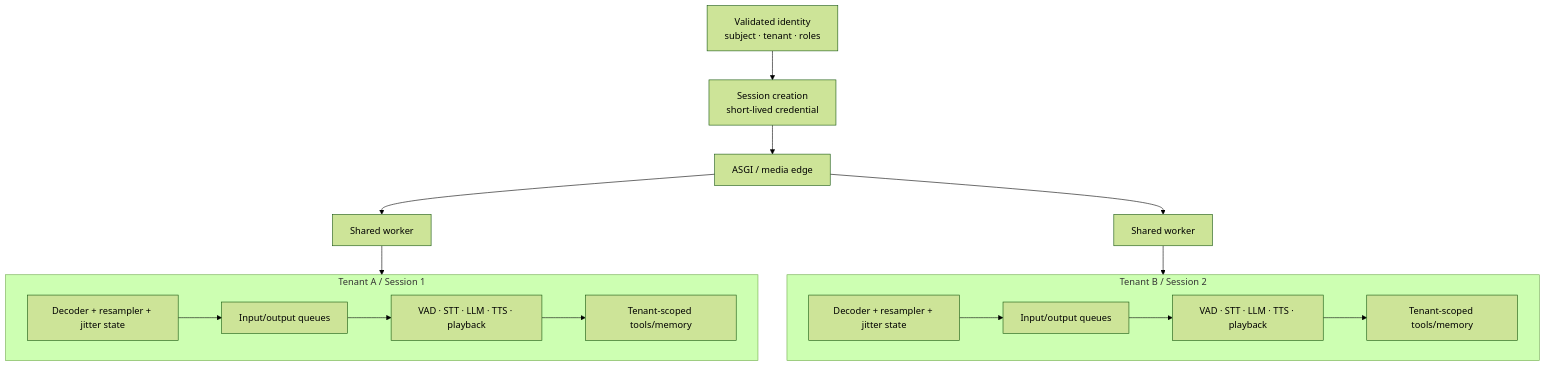
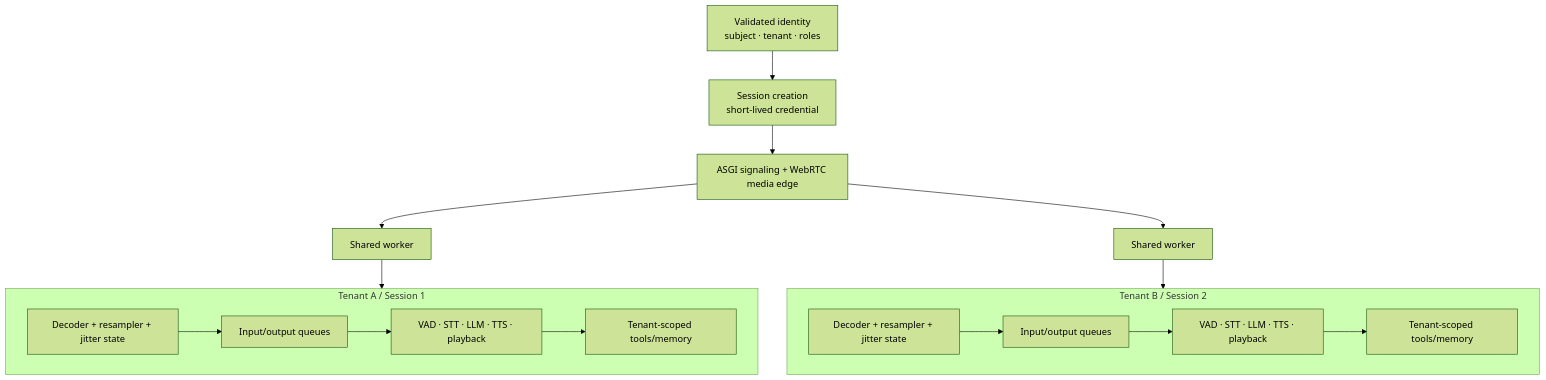
One commit to d-schneid/voice-agents changed the sixth of 10 diagrams in docs/voice-agent-architecture-diagrams.md. Above: the diagram before and after it, drawn with Mermaid (forest theme). The commit also changed other lines of this file, not shown here.

Commit message:
Make diagrams WebRTC first

````diff
--- a/docs/voice-agent-architecture-diagrams.md
+++ b/docs/voice-agent-architecture-diagrams.md
@@ -269,28 +286,28 @@
 ```mermaid
 flowchart TB
     I[Validated identity<br/>subject · tenant · roles]
     C[Session creation<br/>short-lived credential]
-    A[ASGI / media edge]
+    A[ASGI signaling + WebRTC media edge]
     W1[Shared worker]
     W2[Shared worker]
 
     subgraph SR1[Tenant A / Session 1]
         D1[Decoder + resampler + jitter state]
         Q1[Input/output queues]
         P1[VAD · STT · LLM · TTS · playback]
         K1[Tenant-scoped tools/memory]
     end
 
     subgraph SR2[Tenant B / Session 2]
         D2[Decoder + resampler + jitter state]
         Q2[Input/output queues]
         P2[VAD · STT · LLM · TTS · playback]
         K2[Tenant-scoped tools/memory]
     end
 
     I --> C --> A
     A --> W1 --> SR1
     A --> W2 --> SR2
     D1 --> Q1 --> P1 --> K1
     D2 --> Q2 --> P2 --> K2
 ```
````
